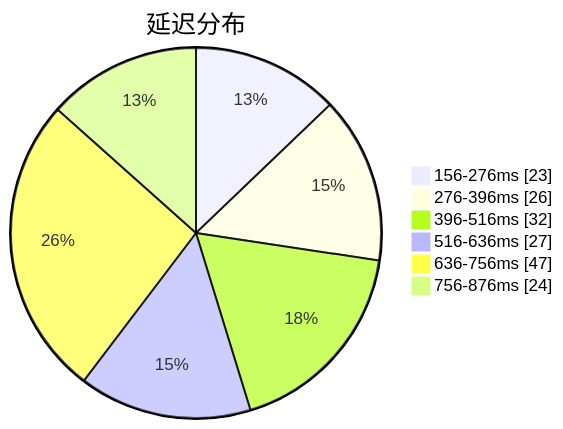
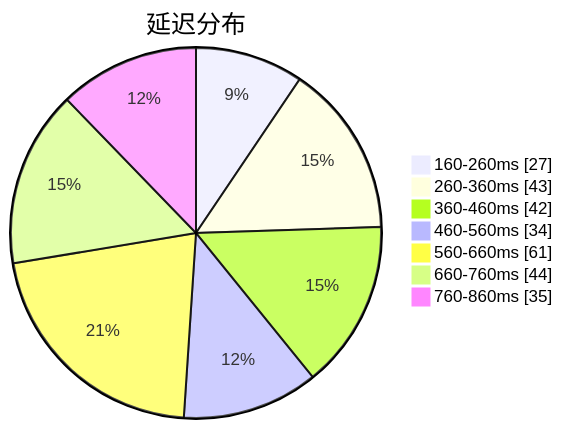
The first of 3 diagrams in subs/statistics/tested_within.md (qjlxg/airport), drawn with Mermaid before and after one commit. The commit also changed other lines of this file and 2 other files, not shown here.

````diff
--- a/subs/statistics/tested_within.md
+++ b/subs/statistics/tested_within.md
@@ -2,10 +2,11 @@
 ```mermaid
 pie showData
 title 延迟分布
-"156-276ms" : 23
-"276-396ms" : 26
-"396-516ms" : 32
-"516-636ms" : 27
-"636-756ms" : 47
-"756-876ms" : 24
+"160-260ms" : 27
+"260-360ms" : 43
+"360-460ms" : 42
+"460-560ms" : 34
+"560-660ms" : 61
+"660-760ms" : 44
+"760-860ms" : 35
 ```
````
